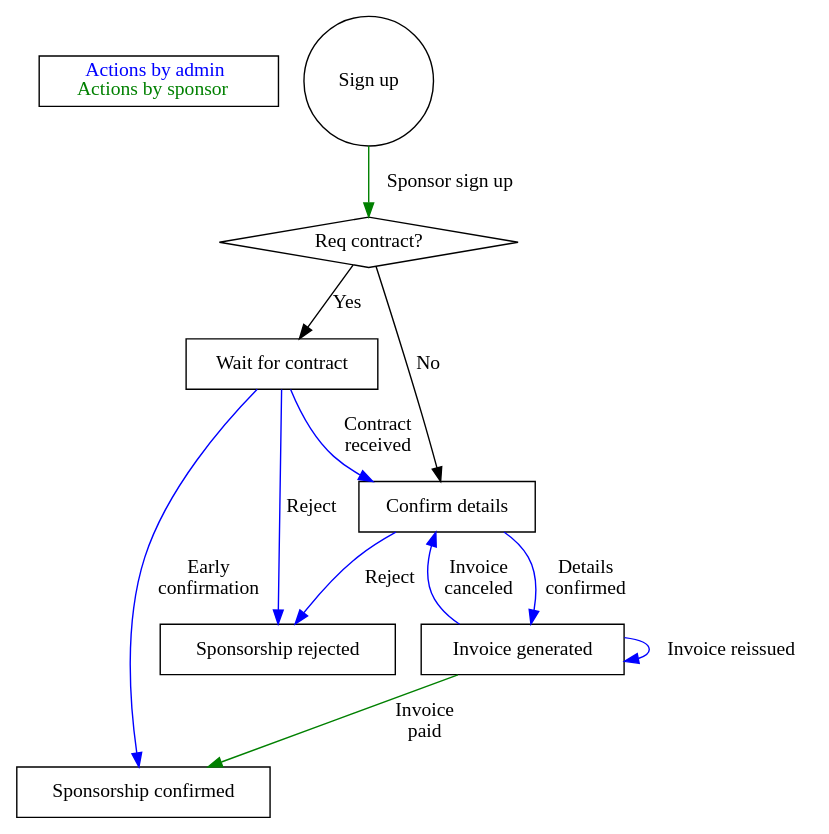
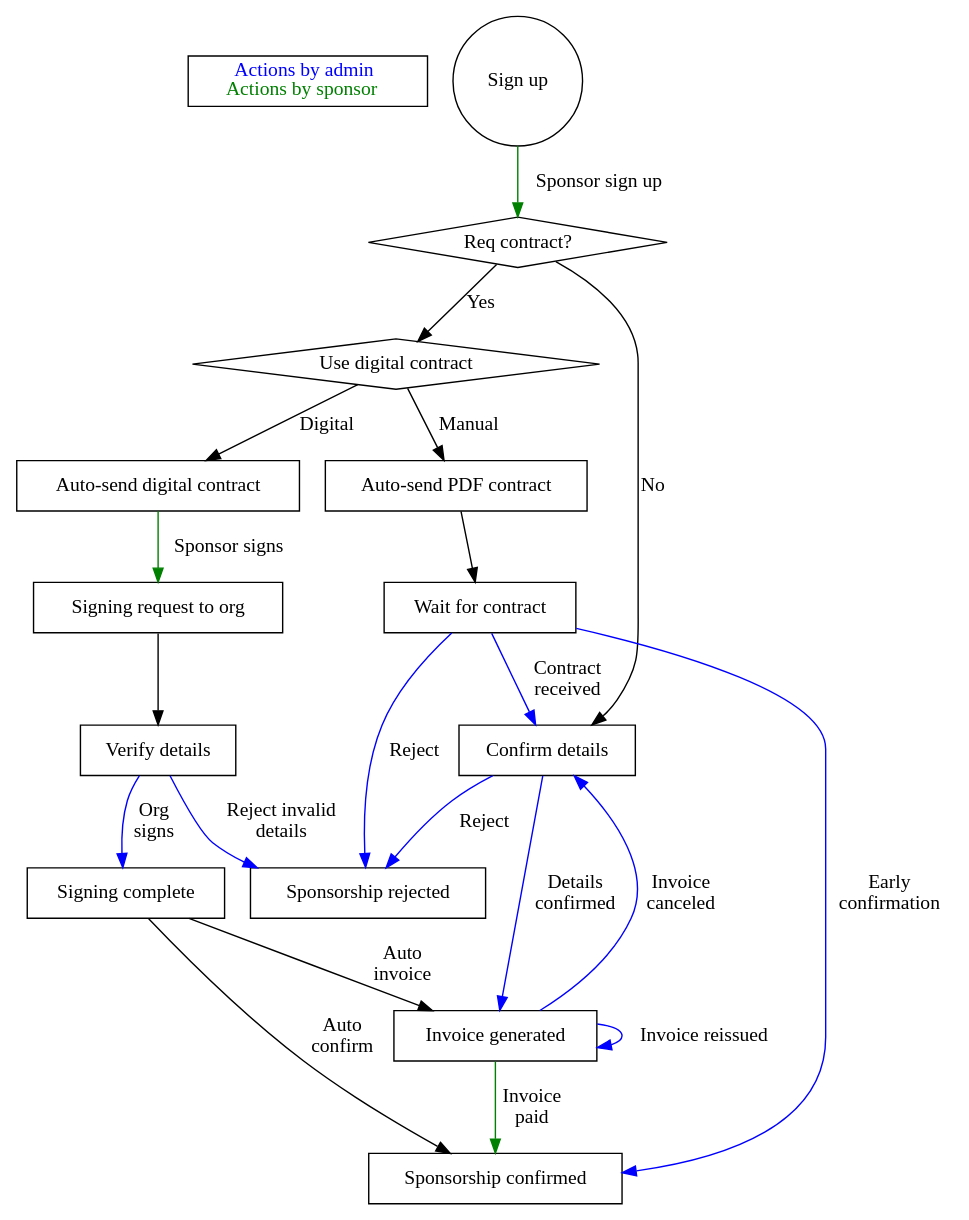
Before and after one commit to pgeu/pgeu-system: the diagram in docs/confreg/graphs/sponsorsignup.dot, drawn with Graphviz. The commit also changed 49 other files, not shown here.

```diff
--- a/docs/confreg/graphs/sponsorsignup.dot
+++ b/docs/confreg/graphs/sponsorsignup.dot
@@ -1,29 +1,44 @@
 digraph sponsorsignup {
 	subgraph legend {
 		key[shape=box, label=<
 		    <font color="blue">Actions by admin</font><br/>
 		    <font color="green">Actions by sponsor</font><br/>
 		>, labeljust="l"]
 	}
 
 	start[shape=circle label="Sign up"];
 	type[shape=diamond label="Req contract?"];
 	confirm[shape=box label="Confirm details"];
 	invoice[shape=box label="Invoice generated"];
+	typeofcontract[shape=diamond label="Use digital contract"];
+	manualpdf[shape=box label="Auto-send PDF contract"];
+	digitalcontract[shape=box label="Auto-send digital contract"];
+	digitaltoorg[shape=box label="Signing request to org"];
+	verifydetails[shape=box label="Verify details"];
+	signcomplete[shape=box label="Signing complete"];
 	contract[shape=box label="Wait for contract"];
 	confirmed[shape=box label="Sponsorship confirmed"];
 	rejected[shape=box label="Sponsorship rejected"];
 
 	start -> type [label="Sponsor sign up", color=green];
-	type -> contract [label="Yes"];
+	type -> typeofcontract [label="Yes"];
 	type -> confirm [label="No"];
+	typeofcontract -> manualpdf [label="Manual"]
+	typeofcontract -> digitalcontract [label="Digital"]
+	digitalcontract -> digitaltoorg [label="Sponsor signs", color=green]
+	digitaltoorg -> verifydetails
+	verifydetails -> rejected [label="Reject invalid\ndetails", color=blue]
+	verifydetails -> signcomplete [label="Org\nsigns", color=blue]
+	signcomplete -> confirmed [label="Auto\nconfirm"]
+	signcomplete->invoice [label="Auto\ninvoice"]
+	manualpdf -> contract;
 	confirm -> invoice [label="Details\nconfirmed", color=blue];
 	contract -> confirm [label="Contract\nreceived", color=blue];
 	contract -> confirmed [label="Early\nconfirmation", color=blue];
 	invoice -> confirmed [label="Invoice\npaid", color=green];
 	invoice -> confirm [label="Invoice\ncanceled", color=blue];
 	confirm -> rejected [label="Reject", color=blue];
 	contract -> rejected [label="Reject", color=blue];
 
 	invoice -> invoice [label="Invoice reissued", color=blue];
 }
```
